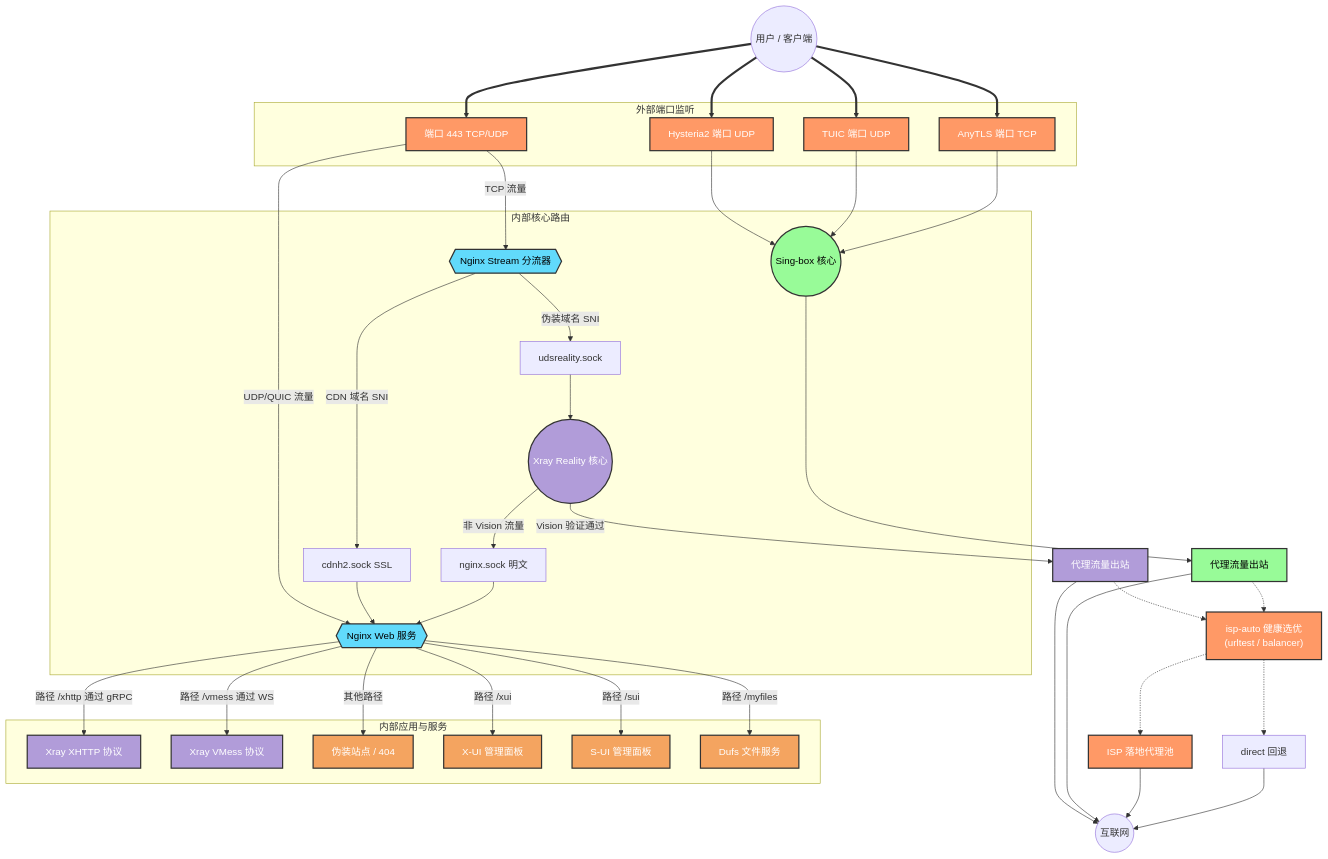
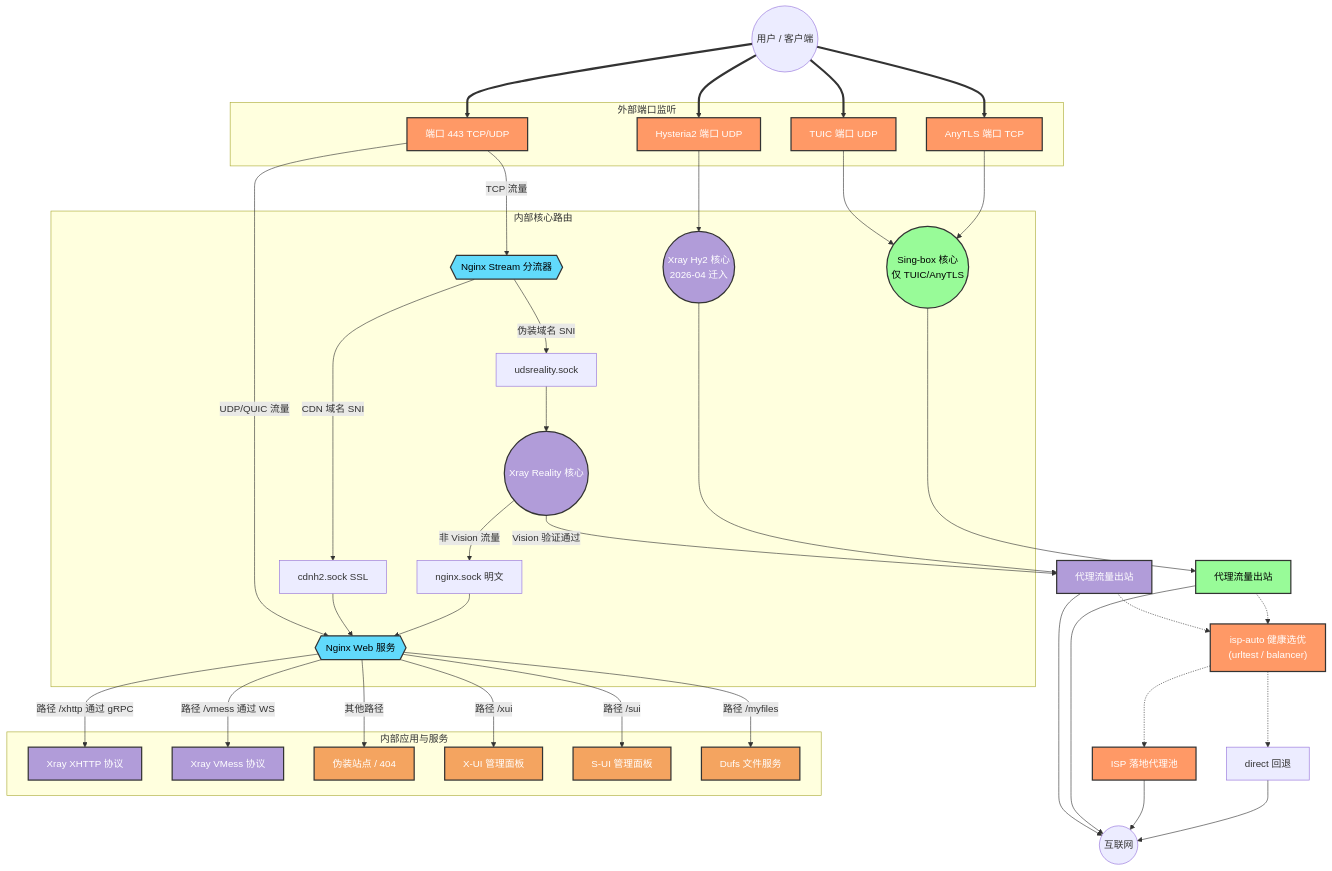
One commit to currycan/sb-xray changed the first of 11 diagrams in docs/01-architecture-and-traffic.md. Above: the diagram before and after it, drawn with Mermaid. The commit also changed other lines of this file and 24 other files, not shown here.

````diff
--- a/docs/01-architecture-and-traffic.md
+++ b/docs/01-architecture-and-traffic.md
@@ -47,72 +47,74 @@
 ```mermaid
 graph TD
     classDef entry fill:#f96,stroke:#333,stroke-width:2px,color:white
     classDef nginx fill:#61dafb,stroke:#333,stroke-width:2px,color:black
     classDef xray fill:#b19cd9,stroke:#333,stroke-width:2px,color:white
     classDef sing fill:#98fb98,stroke:#333,stroke-width:2px,color:black
     classDef app fill:#f4a460,stroke:#333,stroke-width:2px,color:white
 
     User((用户 / 客户端))
 
     subgraph 外部端口监听
         P443["端口 443 TCP/UDP"]:::entry
         PHysteria["Hysteria2 端口 UDP"]:::entry
         PTuic["TUIC 端口 UDP"]:::entry
         PAnyTLS["AnyTLS 端口 TCP"]:::entry
     end
 
     User ==> P443
     User ==> PHysteria
     User ==> PTuic
     User ==> PAnyTLS
 
     subgraph 内部核心路由
         NginxStream{{"Nginx Stream 分流器"}}:::nginx
         NginxWeb{{"Nginx Web 服务"}}:::nginx
         XrayReality(("Xray Reality 核心")):::xray
-        SingBox(("Sing-box 核心")):::sing
+        XrayHy2(("Xray Hy2 核心<br/>2026-04 迁入")):::xray
+        SingBox(("Sing-box 核心<br/>仅 TUIC/AnyTLS")):::sing
         UDS_Reality["udsreality.sock"]
         UDS_CDN["cdnh2.sock SSL"]
         UDS_Nginx["nginx.sock 明文"]
     end
 
     P443 -- TCP 流量 --> NginxStream
     P443 -- UDP/QUIC 流量 --> NginxWeb
 
     NginxStream -- "伪装域名 SNI" --> UDS_Reality --> XrayReality
     NginxStream -- "CDN 域名 SNI" --> UDS_CDN --> NginxWeb
 
     XrayReality -- "Vision 验证通过" --> ProxyOut1["代理流量出站"]:::xray
     XrayReality -- "非 Vision 流量" --> UDS_Nginx
     UDS_Nginx --> NginxWeb
 
-    PHysteria --> SingBox
+    PHysteria --> XrayHy2
+    XrayHy2 --> ProxyOut1
     PTuic --> SingBox
     PAnyTLS --> SingBox
     SingBox --> ProxyOut2["代理流量出站"]:::sing
 
     ProxyOut1 -.-> ISPAuto["isp-auto 健康选优\n(urltest / balancer)"]:::entry
     ProxyOut2 -.-> ISPAuto
     ISPAuto -.-> ISP["ISP 落地代理池"]:::entry
     ISPAuto -.-> DirectFB["direct 回退"]
     ProxyOut1 --> Internet((互联网))
     ProxyOut2 --> Internet
     ISP --> Internet
     DirectFB --> Internet
 
     subgraph 内部应用与服务
         AppXHTTP["Xray XHTTP 协议"]:::xray
         AppVMess["Xray VMess 协议"]:::xray
         AppWeb["伪装站点 / 404"]:::app
         AppXUI["X-UI 管理面板"]:::app
         AppSUI["S-UI 管理面板"]:::app
         AppFiles["Dufs 文件服务"]:::app
     end
 
     NginxWeb -- "路径 /xhttp 通过 gRPC" --> AppXHTTP
     NginxWeb -- "路径 /vmess 通过 WS" --> AppVMess
     NginxWeb -- "路径 /xui" --> AppXUI
     NginxWeb -- "路径 /sui" --> AppSUI
     NginxWeb -- "路径 /myfiles" --> AppFiles
     NginxWeb -- "其他路径" --> AppWeb
 ```
````
